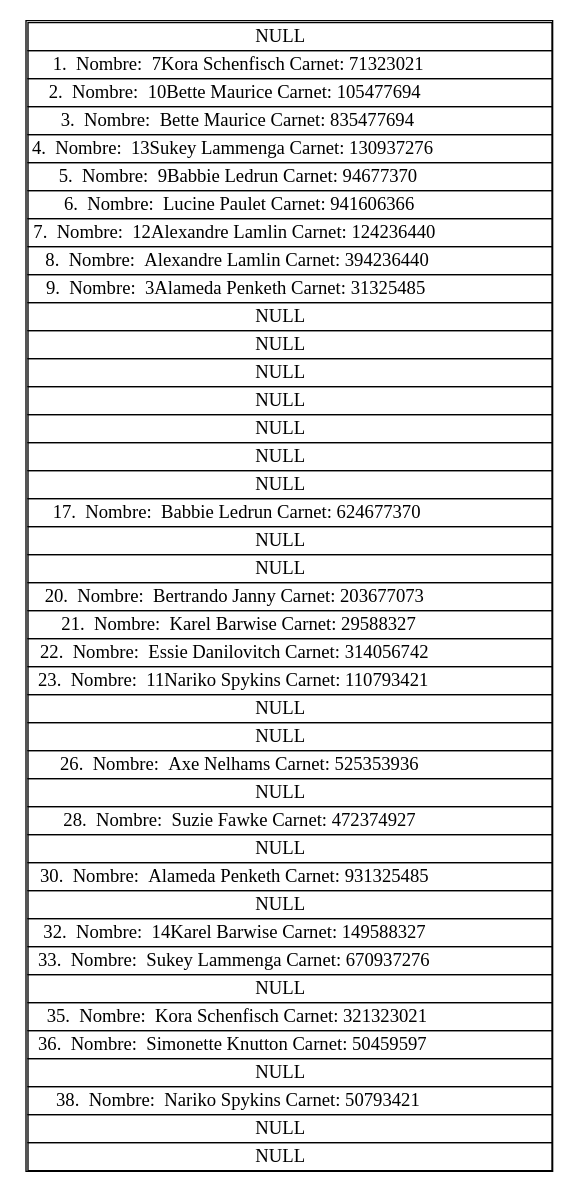
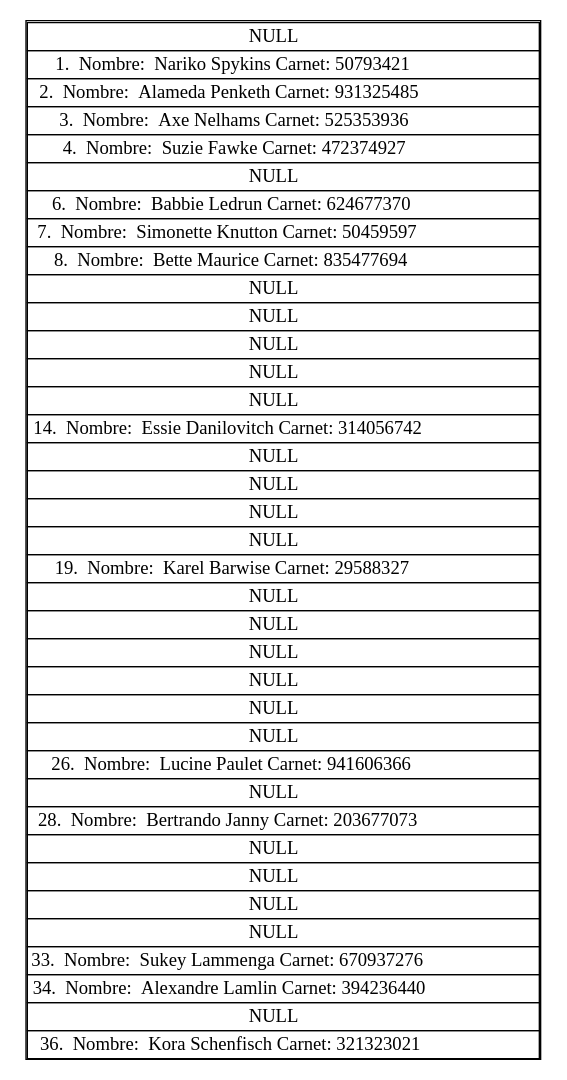
The diagram in src/Imagenes/UserR.dot (oscarc99/EDD_DIC_2019_PY2_201709140-), drawn with Graphviz before and after one commit. The commit also changed 183 other files, not shown here.

```diff
--- a/src/Imagenes/UserR.dot
+++ b/src/Imagenes/UserR.dot
@@ -1,51 +1,47 @@
 digraph G { 
 
 node [shape = none];
 
 2[label=  <<table border= "1 " cellspacing= " 0 ">;
 
 <tr> <td> NULL </td></tr>; 
-<tr> <td> 1.  Nombre:  7Kora Schenfisch Carnet: 71323021</td> </tr> 
-<tr> <td> 2.  Nombre:  10Bette Maurice Carnet: 105477694</td> </tr> 
-<tr> <td> 3.  Nombre:  Bette Maurice Carnet: 835477694</td> </tr> 
-<tr> <td> 4.  Nombre:  13Sukey Lammenga Carnet: 130937276</td> </tr> 
-<tr> <td> 5.  Nombre:  9Babbie Ledrun Carnet: 94677370</td> </tr> 
-<tr> <td> 6.  Nombre:  Lucine Paulet Carnet: 941606366</td> </tr> 
-<tr> <td> 7.  Nombre:  12Alexandre Lamlin Carnet: 124236440</td> </tr> 
-<tr> <td> 8.  Nombre:  Alexandre Lamlin Carnet: 394236440</td> </tr> 
-<tr> <td> 9.  Nombre:  3Alameda Penketh Carnet: 31325485</td> </tr> 
+<tr> <td> 1.  Nombre:  Nariko Spykins Carnet: 50793421</td> </tr> 
+<tr> <td> 2.  Nombre:  Alameda Penketh Carnet: 931325485</td> </tr> 
+<tr> <td> 3.  Nombre:  Axe Nelhams Carnet: 525353936</td> </tr> 
+<tr> <td> 4.  Nombre:  Suzie Fawke Carnet: 472374927</td> </tr> 
+<tr> <td> NULL </td></tr>; 
+<tr> <td> 6.  Nombre:  Babbie Ledrun Carnet: 624677370</td> </tr> 
+<tr> <td> 7.  Nombre:  Simonette Knutton Carnet: 50459597</td> </tr> 
+<tr> <td> 8.  Nombre:  Bette Maurice Carnet: 835477694</td> </tr> 
+<tr> <td> NULL </td></tr>; 
+<tr> <td> NULL </td></tr>; 
+<tr> <td> NULL </td></tr>; 
+<tr> <td> NULL </td></tr>; 
+<tr> <td> NULL </td></tr>; 
+<tr> <td> 14.  Nombre:  Essie Danilovitch Carnet: 314056742</td> </tr> 
+<tr> <td> NULL </td></tr>; 
+<tr> <td> NULL </td></tr>; 
+<tr> <td> NULL </td></tr>; 
+<tr> <td> NULL </td></tr>; 
+<tr> <td> 19.  Nombre:  Karel Barwise Carnet: 29588327</td> </tr> 
 <tr> <td> NULL </td></tr>; 
 <tr> <td> NULL </td></tr>; 
 <tr> <td> NULL </td></tr>; 
 <tr> <td> NULL </td></tr>; 
 <tr> <td> NULL </td></tr>; 
 <tr> <td> NULL </td></tr>; 
+<tr> <td> 26.  Nombre:  Lucine Paulet Carnet: 941606366</td> </tr> 
 <tr> <td> NULL </td></tr>; 
-<tr> <td> 17.  Nombre:  Babbie Ledrun Carnet: 624677370</td> </tr> 
+<tr> <td> 28.  Nombre:  Bertrando Janny Carnet: 203677073</td> </tr> 
 <tr> <td> NULL </td></tr>; 
 <tr> <td> NULL </td></tr>; 
-<tr> <td> 20.  Nombre:  Bertrando Janny Carnet: 203677073</td> </tr> 
-<tr> <td> 21.  Nombre:  Karel Barwise Carnet: 29588327</td> </tr> 
-<tr> <td> 22.  Nombre:  Essie Danilovitch Carnet: 314056742</td> </tr> 
-<tr> <td> 23.  Nombre:  11Nariko Spykins Carnet: 110793421</td> </tr> 
 <tr> <td> NULL </td></tr>; 
 <tr> <td> NULL </td></tr>; 
-<tr> <td> 26.  Nombre:  Axe Nelhams Carnet: 525353936</td> </tr> 
+<tr> <td> 33.  Nombre:  Sukey Lammenga Carnet: 670937276</td> </tr> 
+<tr> <td> 34.  Nombre:  Alexandre Lamlin Carnet: 394236440</td> </tr> 
 <tr> <td> NULL </td></tr>; 
-<tr> <td> 28.  Nombre:  Suzie Fawke Carnet: 472374927</td> </tr> 
-<tr> <td> NULL </td></tr>; 
-<tr> <td> 30.  Nombre:  Alameda Penketh Carnet: 931325485</td> </tr> 
-<tr> <td> NULL </td></tr>; 
-<tr> <td> 32.  Nombre:  14Karel Barwise Carnet: 149588327</td> </tr> 
-<tr> <td> 33.  Nombre:  Sukey Lammenga Carnet: 670937276</td> </tr> 
-<tr> <td> NULL </td></tr>; 
-<tr> <td> 35.  Nombre:  Kora Schenfisch Carnet: 321323021</td> </tr> 
-<tr> <td> 36.  Nombre:  Simonette Knutton Carnet: 50459597</td> </tr> 
-<tr> <td> NULL </td></tr>; 
-<tr> <td> 38.  Nombre:  Nariko Spykins Carnet: 50793421</td> </tr> 
-<tr> <td> NULL </td></tr>; 
-<tr> <td> NULL </td></tr>; 
+<tr> <td> 36.  Nombre:  Kora Schenfisch Carnet: 321323021</td> </tr> 
 
 </table>>];
 
 }
```
